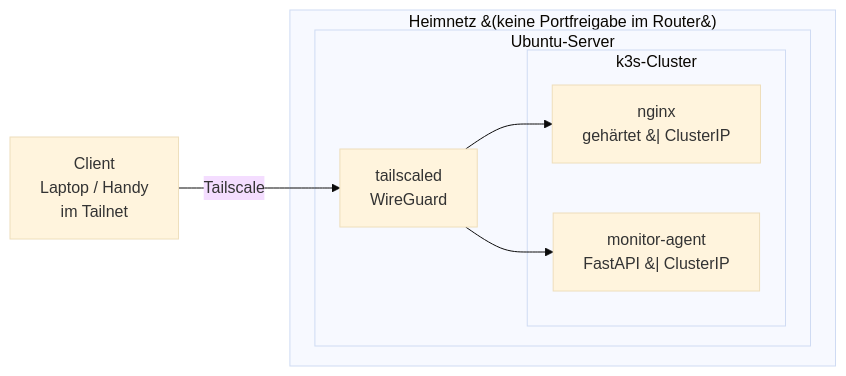
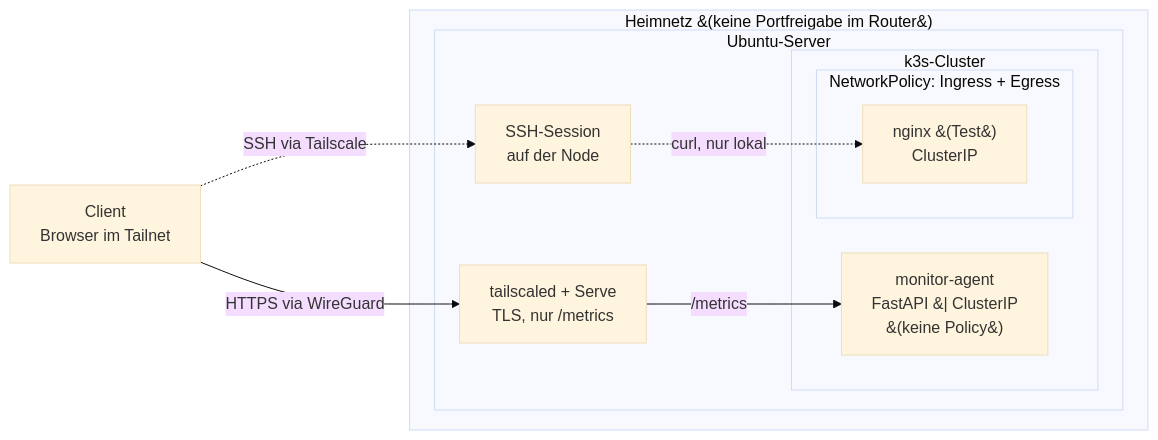
Before and after one commit to headnutAi/secure-homelab: the diagram in README.md, drawn with Mermaid (base theme). The commit also changed other lines of this file, not shown here.

Commit message:
Revise architecture details in README.md
Updated the architecture section to provide detailed information about the k3s cluster, Tailscale access, and internal network policies.

````diff
--- a/README.md
+++ b/README.md
@@ -30,20 +31,24 @@
 ```mermaid
 flowchart LR
-    client["Client<br/>Laptop / Handy<br/>im Tailnet"]
+    client["Client<br/>Browser im Tailnet"]
 
     subgraph home["Heimnetz &#40;keine Portfreigabe im Router&#41;"]
         subgraph host["Ubuntu-Server"]
-            ts["tailscaled<br/>WireGuard"]
+            ts["tailscaled + Serve<br/>TLS, nur /metrics"]
+            ssh["SSH-Session<br/>auf der Node"]
 
             subgraph k3s["k3s-Cluster"]
-                nginx["nginx<br/>gehärtet &#124; ClusterIP"]
-                mon["monitor-agent<br/>FastAPI &#124; ClusterIP"]
+                subgraph np["NetworkPolicy: Ingress + Egress"]
+                    nginx["nginx &#40;Test&#41;<br/>ClusterIP"]
+                end
+                mon["monitor-agent<br/>FastAPI &#124; ClusterIP<br/>&#40;keine Policy&#41;"]
             end
 
-            ts --> nginx
-            ts --> mon
+            ts -->|"/metrics"| mon
+            ssh -.->|"curl, nur lokal"| nginx
         end
     end
 
-    client -->|"Tailscale"| ts
+    client -->|"HTTPS via WireGuard"| ts
+    client -.->|"SSH via Tailscale"| ssh
 ```
````
